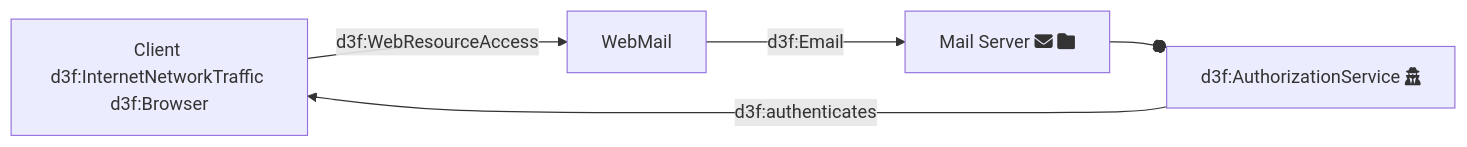
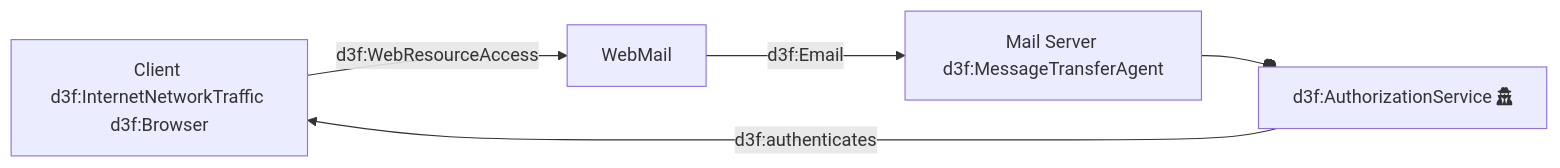
One commit to par-tec/d3fend-tools changed the first of 4 diagrams in docs/static/examples/mermaid/webmail.md. Above: the diagram before and after it, drawn with Mermaid. The commit also changed other lines of this file and 7 other files, not shown here.

````diff
--- a/docs/static/examples/mermaid/webmail.md
+++ b/docs/static/examples/mermaid/webmail.md
@@ -3,21 +3,21 @@
 ```mermaid
 graph LR
 
 %% 1. Design here your architecture using MermaidJS syntax.
 %% 2. Click on the "D3FEND" tab to see the possible attack paths.
 %% 3. Explore the other features selecting the other tabs!
 
 %% The simple arrow maps to d3f:accesses
 Client[Client d3f:InternetNetworkTraffic d3f:Browser] --> |d3f:WebResourceAccess| WebMail
 
 %% Improve the diagram using font-awesome icons.
-WebMail -->|d3f:Email| MTA[Mail Server fa:fa-envelope fa:fa-folder]
+WebMail -->|d3f:Email| MTA[Mail Server d3f:MessageTransferAgent]
 
 %% Associated d3f:DigitalArtifacts can be referenced via URIs too.
 Authorization[d3f:AuthorizationService fa:fa-user-secret] --> |d3f:authenticates| Client
 MTA --o Authorization
 
 %% Discover digital artifacts using the completion feature.
 %%   Type "d3f:" and press CTRL+space to see the list of available artifacts.
 %%   Then use TAB to complete.
 ```
````
